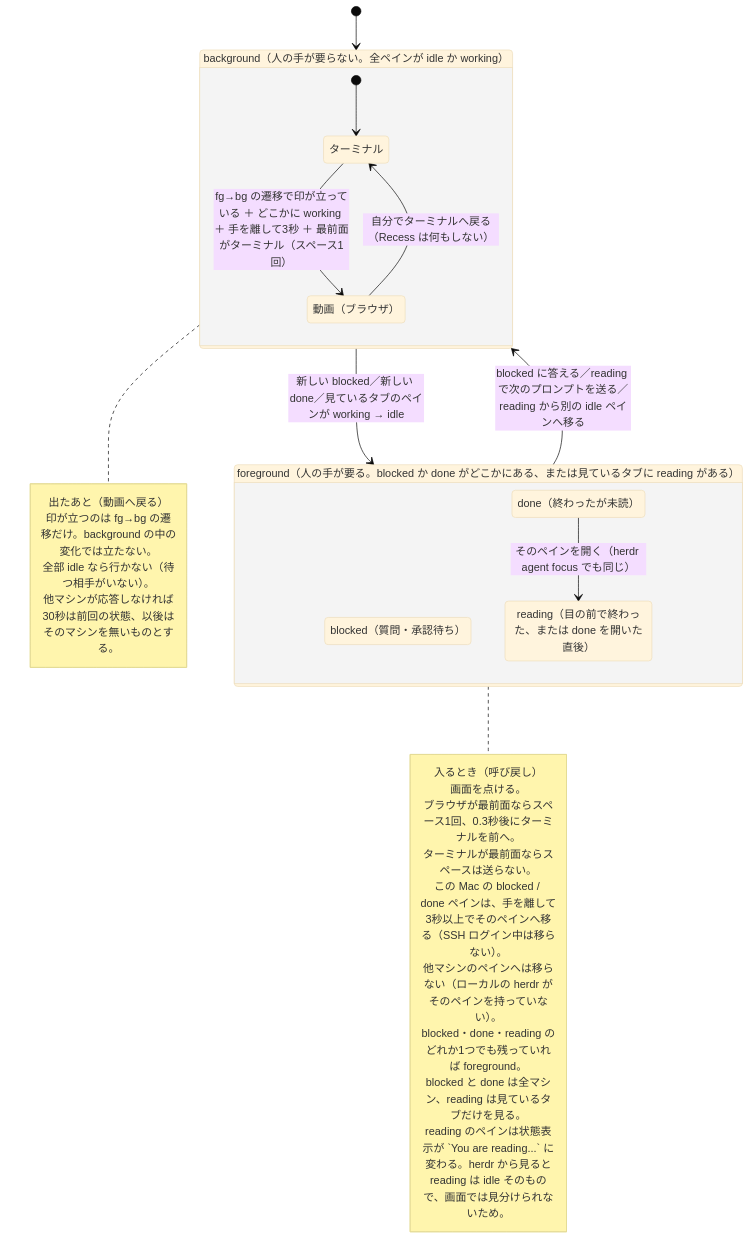
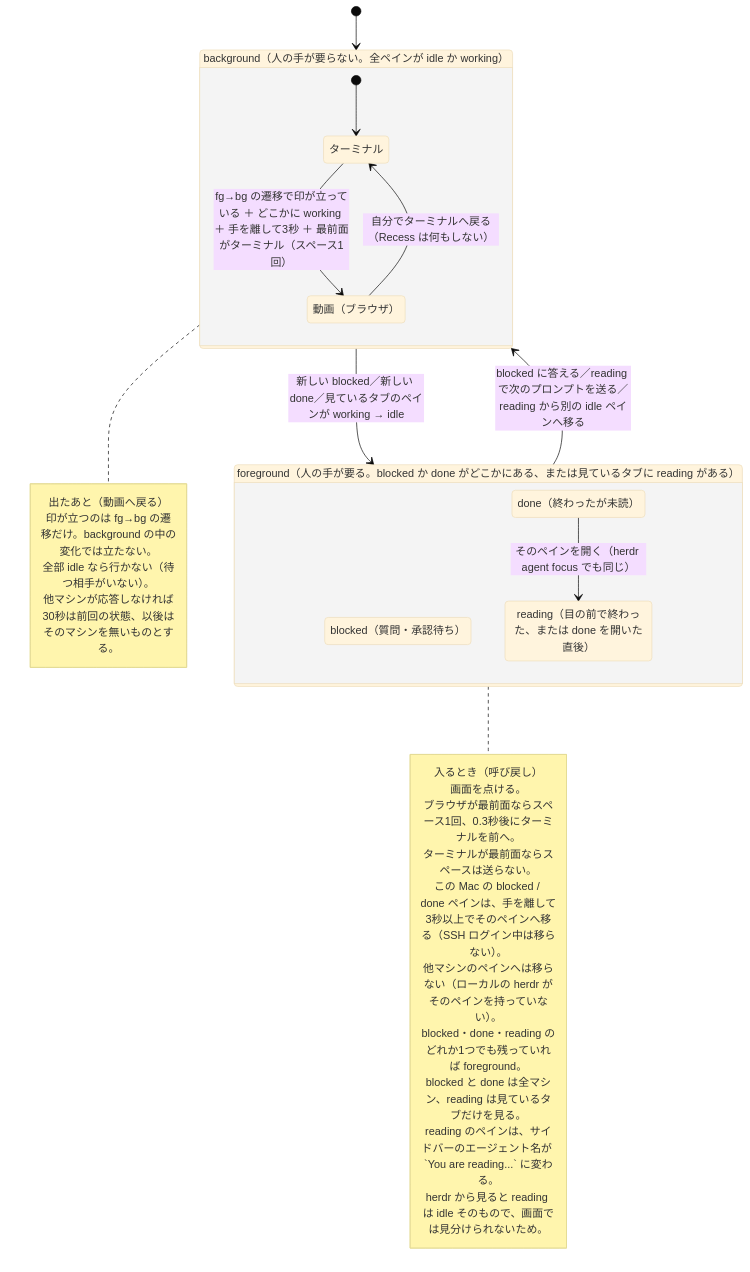
Before and after one commit to tatsuro-ueda/recess: the second of 2 diagrams in docs/spec.md, drawn with Mermaid (base theme). The commit also changed other lines of this file and 1 other file, not shown here.

````diff
--- a/docs/spec.md
+++ b/docs/spec.md
@@ -154,43 +154,43 @@
 ```mermaid
 stateDiagram-v2
     direction TB
 
     state "background（人の手が要らない。全ペインが idle か working）" as bg {
         state "ターミナル" as term
         state "動画（ブラウザ）" as nf
         [*] --> term
         term --> nf : fg→bg の遷移で印が立っている ＋ どこかに working ＋ 手を離して3秒 ＋ 最前面がターミナル（スペース1回）
         nf --> term : 自分でターミナルへ戻る（Recess は何もしない）
     }
 
     state "foreground（人の手が要る。blocked か done がどこかにある、または見ているタブに reading がある）" as fg {
         state "blocked（質問・承認待ち）" as blocked
         state "done（終わったが未読）" as done
         state "reading（目の前で終わった、または done を開いた直後）" as reading
         done --> reading : そのペインを開く（herdr agent focus でも同じ）
     }
 
     [*] --> bg
     bg --> fg : 新しい blocked／新しい done／見ているタブのペインが working → idle
     fg --> bg : blocked に答える／reading で次のプロンプトを送る／reading から別の idle ペインへ移る
 
     note right of fg
         入るとき（呼び戻し）
         画面を点ける。
         ブラウザが最前面ならスペース1回、0.3秒後にターミナルを前へ。
         ターミナルが最前面ならスペースは送らない。
         この Mac の blocked / done ペインは、手を離して3秒以上でそのペインへ移る（SSH ログイン中は移らない）。
         他マシンのペインへは移らない（ローカルの herdr がそのペインを持っていない）。
         blocked・done・reading のどれか1つでも残っていれば foreground。
         blocked と done は全マシン、reading は見ているタブだけを見る。
-        reading のペインは状態表示が `You are reading...` に変わる。herdr から見ると
-        reading は idle そのもので、画面では見分けられないため。
+        reading のペインは、サイドバーのエージェント名が `You are reading...` に変わる。
+        herdr から見ると reading は idle そのもので、画面では見分けられないため。
     end note
 
     note right of bg
         出たあと（動画へ戻る）
         印が立つのは fg→bg の遷移だけ。background の中の変化では立たない。
         全部 idle なら行かない（待つ相手がいない）。
         他マシンが応答しなければ30秒は前回の状態、以後はそのマシンを無いものとする。
     end note
 ```
````
